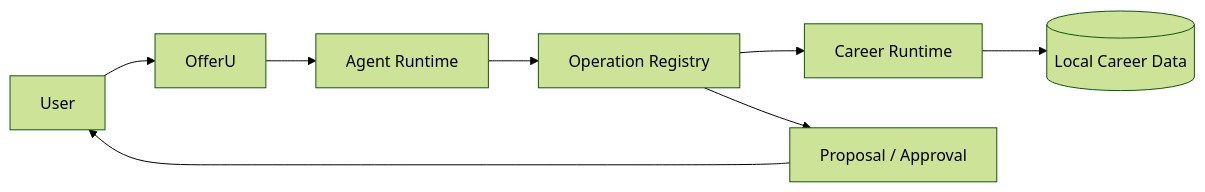
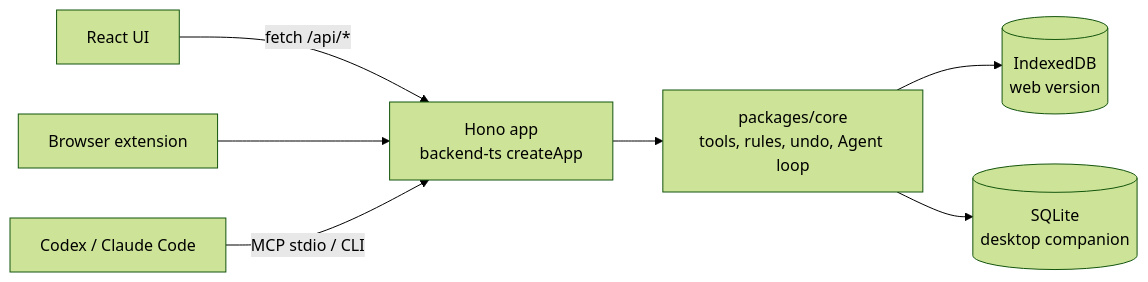
The diagram in data/readmes/avabbbb__OfferU.md (zqf20096327/ai_collect), drawn with Mermaid (forest theme) before and after one commit. The commit also changed other lines of this file and 2086 other files, not shown here.

````diff
--- a/data/readmes/avabbbb__OfferU.md
+++ b/data/readmes/avabbbb__OfferU.md
@@ -296,10 +296,9 @@
 ```mermaid
 flowchart LR
-    U[User] --> UI[OfferU]
-    UI --> A[Agent Runtime]
-    A --> O[Operation Registry]
-    O --> C[Career Runtime]
-    O --> P[Proposal / Approval]
-    P --> U
-    C --> D[(Local Career Data)]
+    UI[React UI] -->|fetch /api/*| APP[Hono app<br/>backend-ts createApp]
+    EXT[Browser extension] --> APP
+    AG[Codex / Claude Code] -->|MCP stdio / CLI| APP
+    APP --> CORE[packages/core<br/>tools, rules, undo, Agent loop]
+    CORE --> IDB[(IndexedDB<br/>web version)]
+    CORE --> SQL[(SQLite<br/>desktop companion)]
 ```
````
